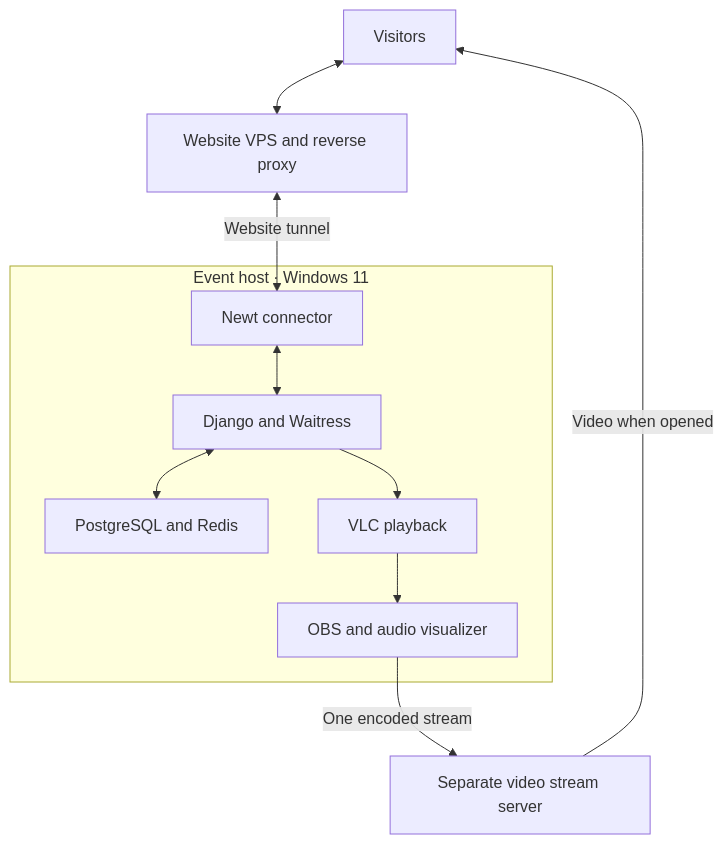
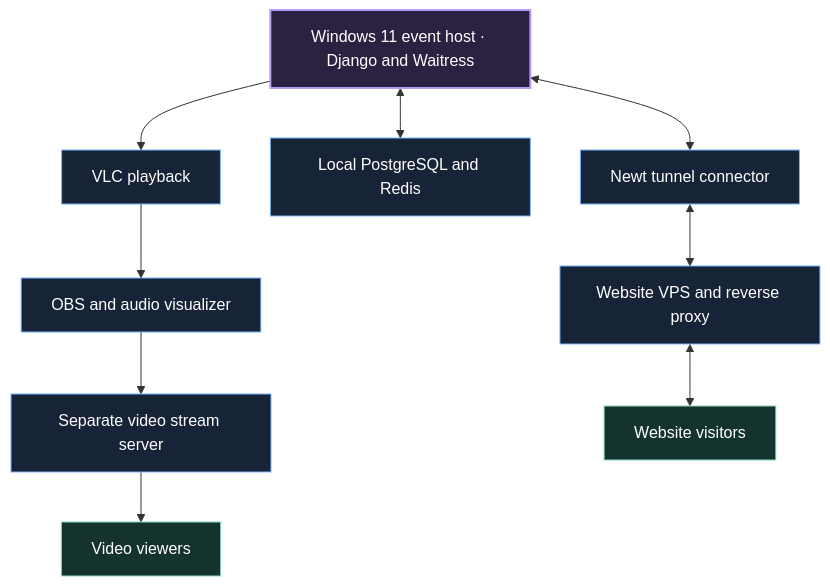
One commit to Furatic/RaveFurry changed the diagram in README.md. Above: the diagram before and after it, drawn with Mermaid. The commit also changed other lines of this file, not shown here.

Commit message:
Fix image paths in README.md
Updated image paths in README to remove 'docs/media/' prefix.

````diff
--- a/README.md
+++ b/README.md
@@ -99,23 +99,28 @@
 ```mermaid
 flowchart TB
-    visitors["Visitors"]
+    host["Windows 11 event host · Django and Waitress"]
+    newt["Newt tunnel connector"]
+    data["Local PostgreSQL and Redis"]
+    player["VLC playback"]
     website["Website VPS and reverse proxy"]
+    obs["OBS and audio visualizer"]
     relay["Separate video stream server"]
+    visitors["Website visitors"]
+    viewers["Video viewers"]
 
-    subgraph host["Event host · Windows 11"]
-        newt["Newt connector"]
-        app["Django and Waitress"]
-        data["PostgreSQL and Redis"]
-        player["VLC playback"]
-        obs["OBS and audio visualizer"]
-        newt <--> app
-        app <--> data
-        app --> player
-        player --> obs
-    end
+    host <--> newt
+    host <--> data
+    host --> player
+    newt <--> website
+    website <--> visitors
+    player --> obs
+    obs --> relay
+    relay --> viewers
 
-    visitors <--> website
-    website <-->|"Website tunnel"| newt
-    obs -->|"One encoded stream"| relay
-    relay -->|"Video when opened"| visitors
+    classDef eventHost fill:#2b2140,stroke:#b79af8,color:#ffffff,stroke-width:2px
+    classDef service fill:#172337,stroke:#78b5ff,color:#ffffff
+    classDef audience fill:#15332e,stroke:#8ad9be,color:#ffffff
+    class host eventHost
+    class newt,data,player,website,obs,relay service
+    class visitors,viewers audience
 ```
````
